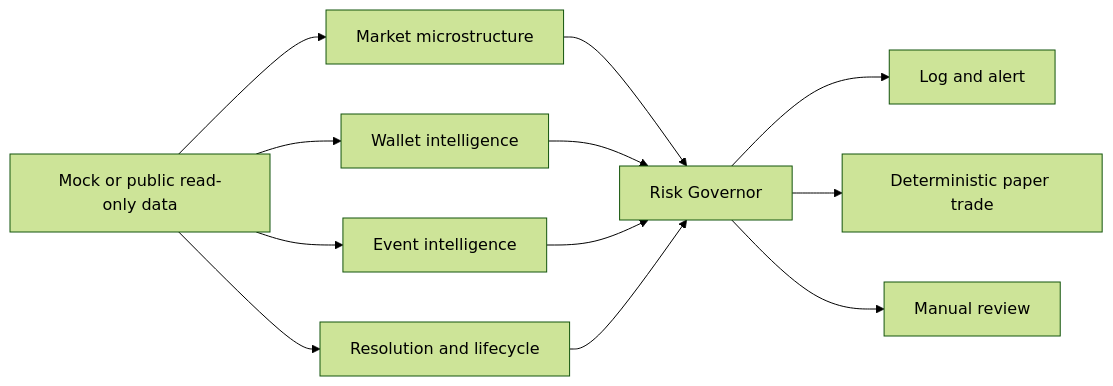
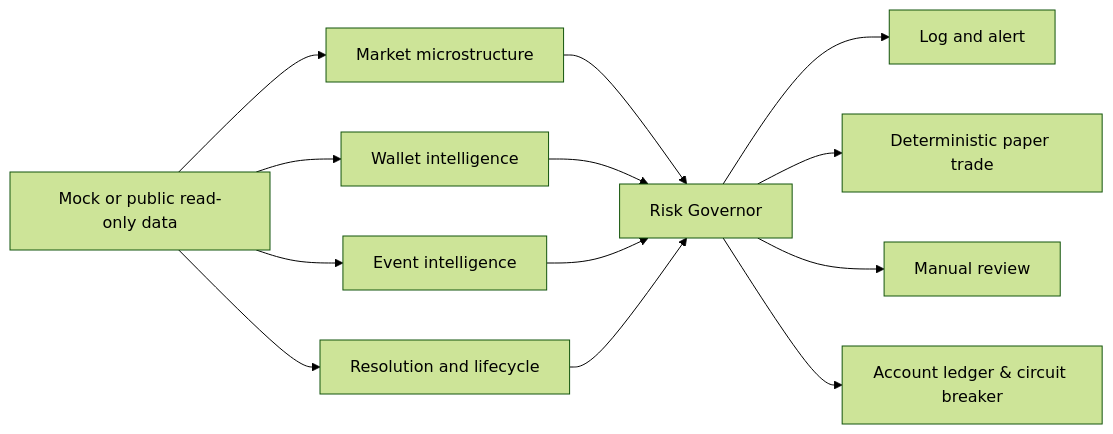
Before and after one commit to Zhiyunyang274/polysignal-pro: the diagram in README.md, drawn with Mermaid (forest theme). The commit also changed other lines of this file and 1 other file, not shown here.

````diff
--- a/README.md
+++ b/README.md
@@ -28,14 +29,15 @@
 ```mermaid
 flowchart LR
     A["Mock or public read-only data"] --> B["Market microstructure"]
     A --> C["Wallet intelligence"]
     A --> D["Event intelligence"]
     A --> E["Resolution and lifecycle"]
     B --> F["Risk Governor"]
     C --> F
     D --> F
     E --> F
     F --> G["Log and alert"]
     F --> H["Deterministic paper trade"]
     F --> I["Manual review"]
+    F --> J["Account ledger & circuit breaker"]
 ```
````
